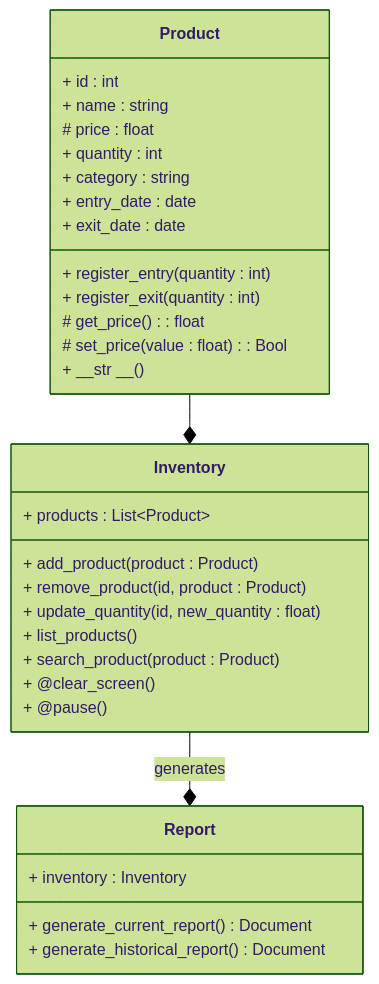
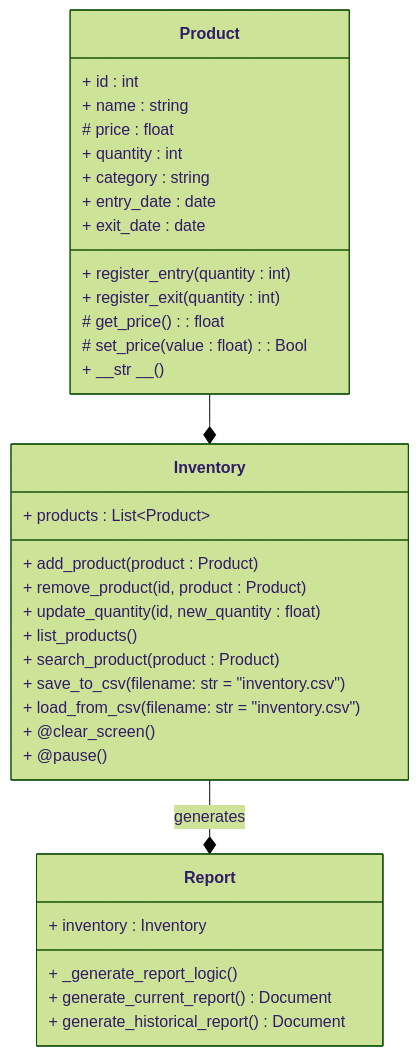
The diagram in README.md (nisaespa/project_progress), drawn with Mermaid (forest theme) before and after one commit. The commit also changed other lines of this file, not shown here.

````diff
--- a/README.md
+++ b/README.md
@@ -16,37 +16,40 @@
 ``` mermaid
 classDiagram
     class Product {
         + id : int
         + name : string
         # price : float
         + quantity : int
         + category : string
         + entry_date : date
         + exit_date : date
         + register_entry(quantity : int)
         + register_exit(quantity : int)
         # get_price() : float
         # set_price(value : float) : Bool
         + __str __()
     }
 
     class Inventory {
         + products : List~Product~ 
         + add_product(product : Product)
         + remove_product(id, product : Product)
         + update_quantity(id, new_quantity : float)
         + list_products()
         + search_product(product : Product)
+        + save_to_csv(filename: str = "inventory.csv")
+        + load_from_csv(filename: str = "inventory.csv")
         + @clear_screen()
         + @pause()
     }
 
     class Report {
         + inventory : Inventory
+        + _generate_report_logic()
         + generate_current_report() Document
         + generate_historical_report() Document
     }
 
     Product --* Inventory
     Inventory --* Report : generates
 ```
````
